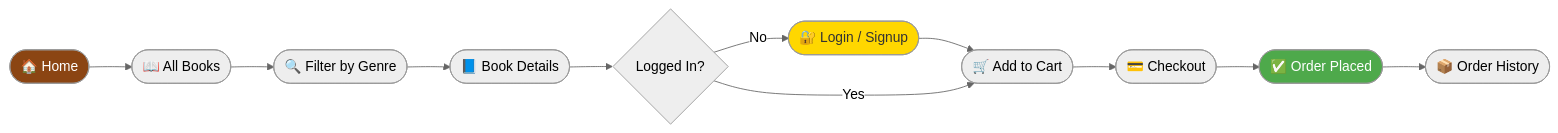
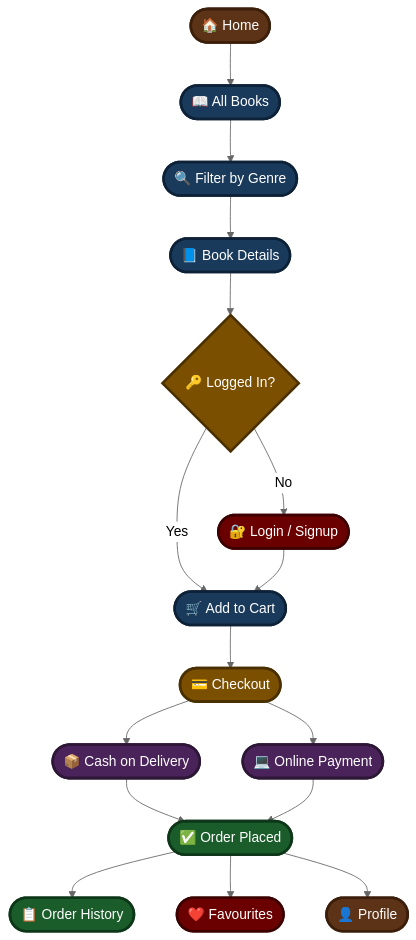
One commit to dhruvim-03/ScriptAura changed the second of 2 diagrams in README.md. Above: the diagram before and after it, drawn with Mermaid (neutral theme). The commit also changed other lines of this file, not shown here.

````diff
--- a/README.md
+++ b/README.md
@@ -120,17 +120,30 @@
 ```mermaid
-flowchart LR
+flowchart TD
     A([🏠 Home]) --> B([📖 All Books])
     B --> C([🔍 Filter by Genre])
     C --> D([📘 Book Details])
-    D --> E{Logged In?}
+    D --> E{🔑 Logged In?}
     E -->|No| F([🔐 Login / Signup])
-    F --> G([🛒 Add to Cart])
-    E -->|Yes| G
+    E -->|Yes| G([🛒 Add to Cart])
+    F --> G
     G --> H([💳 Checkout])
-    H --> I([✅ Order Placed])
-    I --> J([📦 Order History])
+    H --> I1([📦 Cash on Delivery]) & I2([💻 Online Payment])
+    I1 --> J([✅ Order Placed])
+    I2 --> J
+    J --> K1([📋 Order History]) & K2([❤️ Favourites]) & K3([👤 Profile])
 
-    style A fill:#8B4513,color:#fff
-    style I fill:#4EA94B,color:#fff
-    style F fill:#FFD700,color:#333
+    style A fill:#5C3317,color:#fff,stroke:#3B1F0A,stroke-width:3px
+    style B fill:#1A3A5C,color:#fff,stroke:#0D2137,stroke-width:3px
+    style C fill:#1A3A5C,color:#fff,stroke:#0D2137,stroke-width:3px
+    style D fill:#1A3A5C,color:#fff,stroke:#0D2137,stroke-width:3px
+    style E fill:#7B4F00,color:#fff,stroke:#4A3000,stroke-width:3px
+    style F fill:#6B0000,color:#fff,stroke:#3D0000,stroke-width:3px
+    style G fill:#1A3A5C,color:#fff,stroke:#0D2137,stroke-width:3px
+    style H fill:#7B4F00,color:#fff,stroke:#4A3000,stroke-width:3px
+    style I1 fill:#4A235A,color:#fff,stroke:#2D1636,stroke-width:3px
+    style I2 fill:#4A235A,color:#fff,stroke:#2D1636,stroke-width:3px
+    style J fill:#1A5C2A,color:#fff,stroke:#0D3718,stroke-width:3px
+    style K1 fill:#1A5C2A,color:#fff,stroke:#0D3718,stroke-width:3px
+    style K2 fill:#6B0000,color:#fff,stroke:#3D0000,stroke-width:3px
+    style K3 fill:#5C3317,color:#fff,stroke:#3B1F0A,stroke-width:3px
 ```
````
